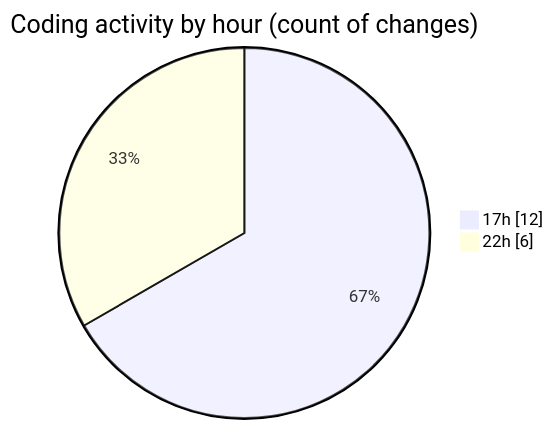
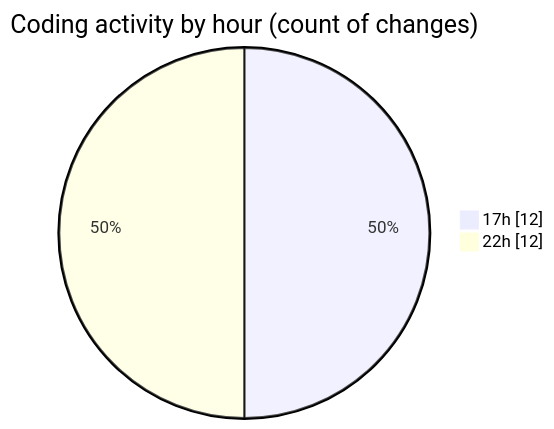
Before and after one commit to MatusMokan/code-tracking: the second of 2 diagrams in 2025-02-25/myws__workspace_/README.md, drawn with Mermaid. The commit also changed other lines of this file and 1 other file, not shown here.

````diff
--- a/2025-02-25/myws__workspace_/README.md
+++ b/2025-02-25/myws__workspace_/README.md
@@ -32,6 +32,6 @@
 ```mermaid
 pie showData
 title Coding activity by hour (count of changes)
 "17h" : 12
-"22h" : 6
+"22h" : 12
 ```
````
